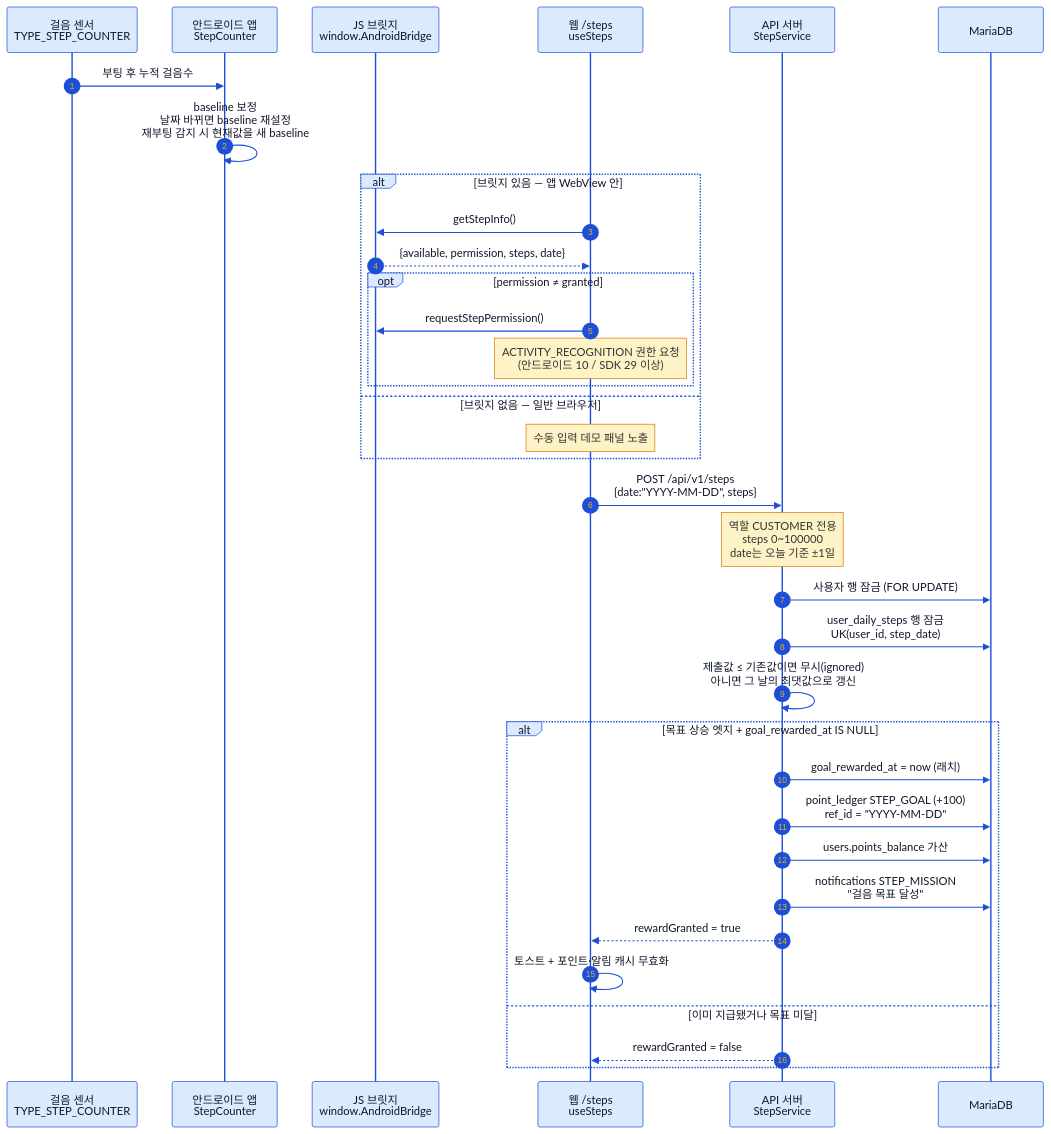
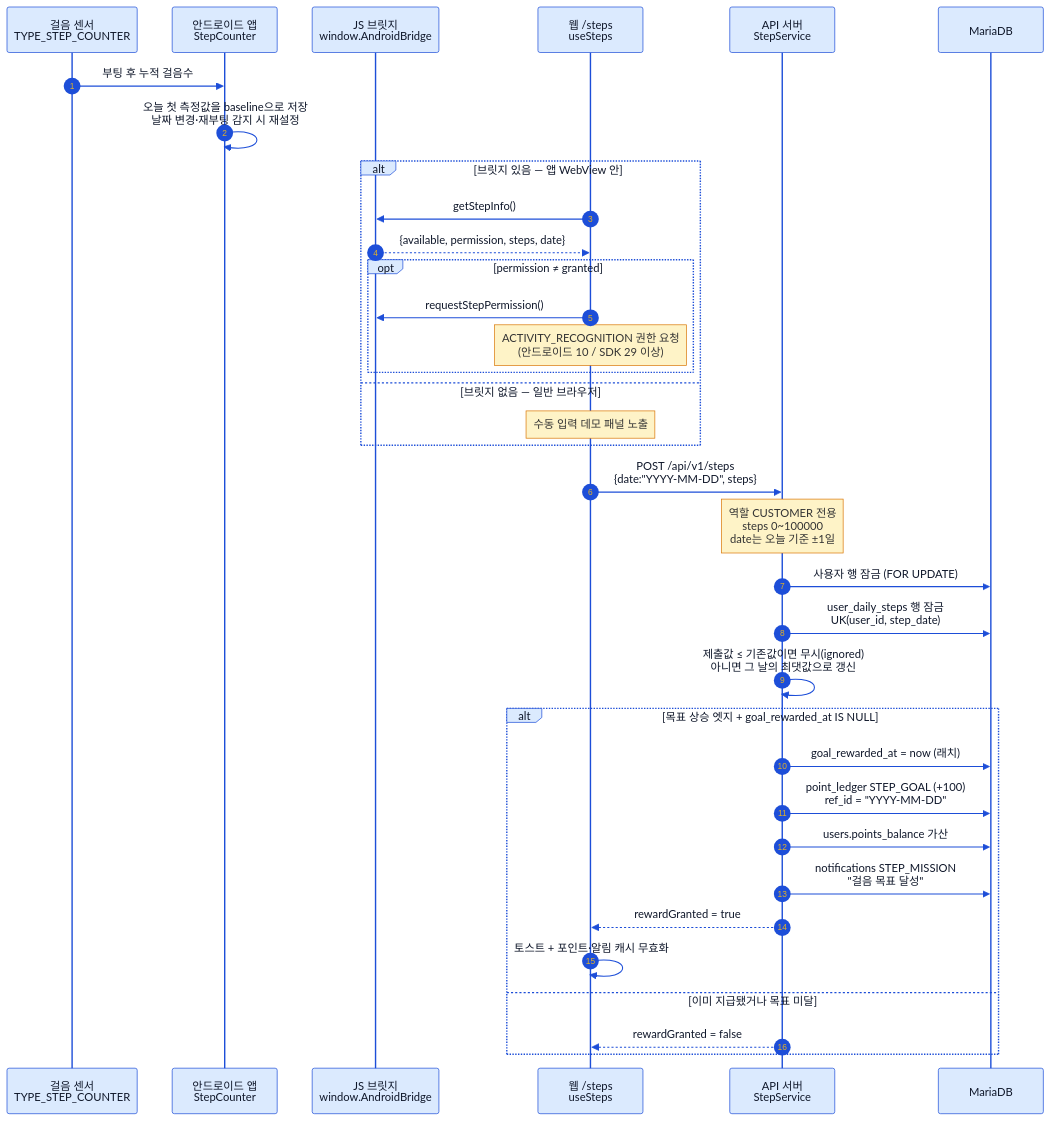
The second of 3 diagrams in docs/architecture/05-reward-flows.md (s-work-agency/ssw-e-commerce-demo-public), drawn with Mermaid before and after one commit. The commit also changed other lines of this file and 18 other files, not shown here.

````diff
--- a/docs/architecture/05-reward-flows.md
+++ b/docs/architecture/05-reward-flows.md
@@ -59,43 +60,43 @@
 ```mermaid
 %%{init: {"theme":"base","fontFamily":"Pretendard, Malgun Gothic, sans-serif","themeVariables":{"fontSize":"14px","primaryColor":"#DBEAFE","primaryBorderColor":"#1D4ED8","primaryTextColor":"#0F172A","lineColor":"#1D4ED8","secondaryColor":"#FEF3C7","tertiaryColor":"#DCFCE7","clusterBkg":"#F8FAFC","clusterBorder":"#CBD5E1","noteBkgColor":"#FEF3C7","noteBorderColor":"#D97706","actorBkg":"#DBEAFE","actorBorder":"#1D4ED8","actorTextColor":"#0F172A","signalColor":"#1D4ED8","signalTextColor":"#0F172A","labelBoxBkgColor":"#DBEAFE","labelBoxBorderColor":"#1D4ED8","altSectionBkgColor":"#F8FAFC"},"flowchart":{"curve":"basis","htmlLabels":true,"padding":12}}}%%
 %% 공통 브랜드 테마 — architecture/*.md 전 다이어그램에 동일한 init 블록이 들어간다. 색을 바꿀 때는 이 폴더 전 파일을 일괄 치환할 것.
 sequenceDiagram
     autonumber
     participant SEN as 걸음 센서<br/>TYPE_STEP_COUNTER
     participant APP as 안드로이드 앱<br/>StepCounter
     participant BR as JS 브릿지<br/>window.AndroidBridge
     participant WEB as 웹 /steps<br/>useSteps
     participant API as API 서버<br/>StepService
     participant DB as MariaDB
 
     SEN->>APP: 부팅 후 누적 걸음수
-    APP->>APP: baseline 보정<br/>날짜 바뀌면 baseline 재설정<br/>재부팅 감지 시 현재값을 새 baseline
+    APP->>APP: 오늘 첫 측정값을 baseline으로 저장<br/>날짜 변경·재부팅 감지 시 재설정
     alt 브릿지 있음 — 앱 WebView 안
         WEB->>BR: getStepInfo()
         BR-->>WEB: {available, permission, steps, date}
         opt permission ≠ granted
             WEB->>BR: requestStepPermission()
             Note over WEB: ACTIVITY_RECOGNITION 권한 요청<br/>(안드로이드 10 / SDK 29 이상)
         end
     else 브릿지 없음 — 일반 브라우저
         Note over WEB: 수동 입력 데모 패널 노출
     end
 
     WEB->>API: POST /api/v1/steps<br/>{date:"YYYY-MM-DD", steps}
     Note over API: 역할 CUSTOMER 전용<br/>steps 0~100000<br/>date는 오늘 기준 ±1일
 
     API->>DB: 사용자 행 잠금 (FOR UPDATE)
     API->>DB: user_daily_steps 행 잠금<br/>UK(user_id, step_date)
     API->>API: 제출값 ≤ 기존값이면 무시(ignored)<br/>아니면 그 날의 최댓값으로 갱신
 
     alt 목표 상승 엣지 + goal_rewarded_at IS NULL
         API->>DB: goal_rewarded_at = now (래치)
         API->>DB: point_ledger STEP_GOAL (+100)<br/>ref_id = "YYYY-MM-DD"
         API->>DB: users.points_balance 가산
         API->>DB: notifications STEP_MISSION<br/>"걸음 목표 달성"
         API-->>WEB: rewardGranted = true
         WEB->>WEB: 토스트 + 포인트·알림 캐시 무효화
     else 이미 지급됐거나 목표 미달
         API-->>WEB: rewardGranted = false
     end
 ```
````
